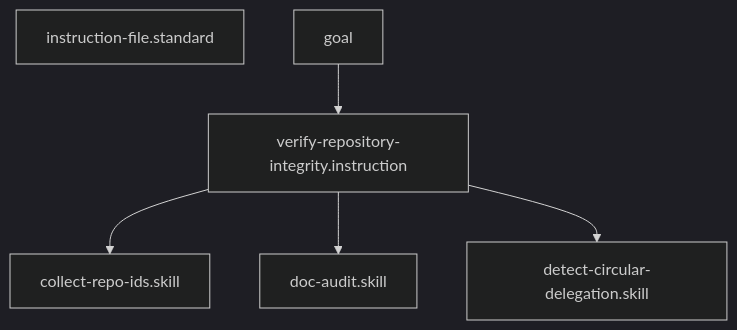
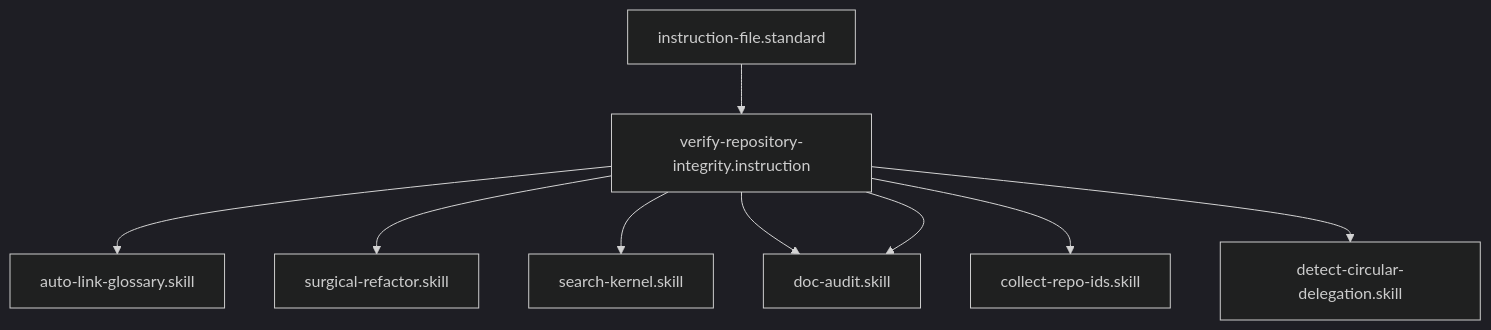
Before and after one commit to Gizmo4Life/ai-kernel: the diagram in instructions/verify-repository-integrity.instruction.md, drawn with Mermaid (dark theme). The commit also changed 89 other files, not shown here.

````diff
--- a/instructions/verify-repository-integrity.instruction.md
+++ b/instructions/verify-repository-integrity.instruction.md
@@ -26,8 +26,11 @@
 ```mermaid
 graph TD
-    instruction-file.standard
-goal --> verify-repository-integrity.instruction
+    instruction-file.standard --> verify-repository-integrity.instruction
+    verify-repository-integrity.instruction --> auto-link-glossary[auto-link-glossary.skill]
+    verify-repository-integrity.instruction --> surgical-refactor[surgical-refactor.skill]
+    verify-repository-integrity.instruction --> search-kernel[search-kernel.skill]
+    verify-repository-integrity.instruction --> doc-audit[doc-audit.skill]
     verify-repository-integrity.instruction --> collect-repo-ids[collect-repo-ids.skill]
-    verify-repository-integrity.instruction --> find-frontmatter-refs[doc-audit.skill]
+    verify-repository-integrity.instruction --> doc-audit[doc-audit.skill]
     verify-repository-integrity.instruction --> detect-circular-delegation[detect-circular-delegation.skill]
 ```
````
